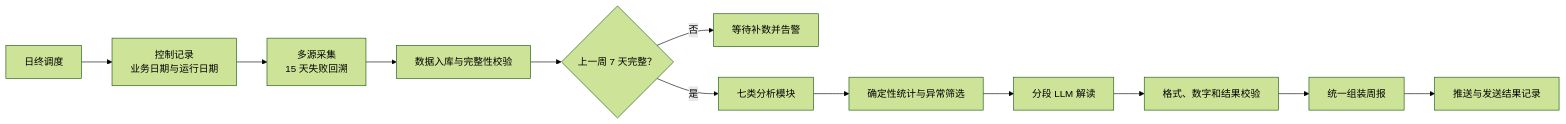
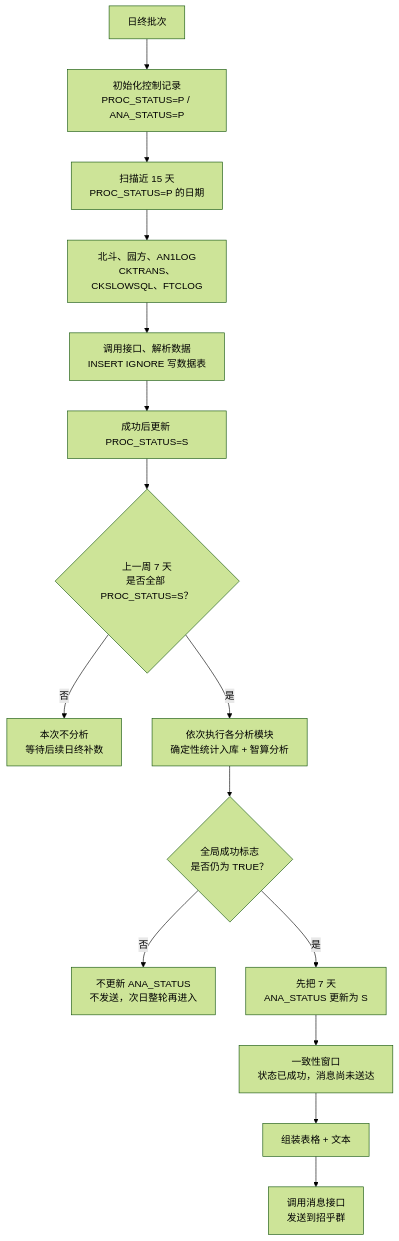
Before and after one commit to PorunC/interview: the diagram in 问题/01-AI周报系统/AI周报系统-专项面试问答.md, drawn with Mermaid (forest theme). The commit also changed other lines of this file and 27 other files, not shown here.

````diff
--- a/问题/01-AI周报系统/AI周报系统-专项面试问答.md
+++ b/问题/01-AI周报系统/AI周报系统-专项面试问答.md
@@ -13,14 +13,17 @@
 ```mermaid
-flowchart LR
-  Scheduler["日终调度"] --> Control["控制记录<br/>业务日期与运行日期"]
-  Control --> Collector["多源采集<br/>15 天失败回溯"]
-  Collector --> Staging["数据入库与完整性校验"]
-  Staging --> Gate{"上一周 7 天完整？"}
-  Gate -->|否| Wait["等待补数并告警"]
-  Gate -->|是| Modules["七类分析模块"]
-  Modules --> Rules["确定性统计与异常筛选"]
-  Rules --> LLM["分段 LLM 解读"]
-  LLM --> Validate["格式、数字和结果校验"]
-  Validate --> Assemble["统一组装周报"]
-  Assemble --> Push["推送与发送结果记录"]
+flowchart TD
+  Scheduler["日终批次"] --> Control["初始化控制记录<br/>PROC_STATUS=P / ANA_STATUS=P"]
+  Control --> Pending["扫描近 15 天<br/>PROC_STATUS=P 的日期"]
+  Pending --> Sources["北斗、园方、AN1LOG<br/>CKTRANS、CKSLOWSQL、FTCLOG"]
+  Sources --> Write["调用接口、解析数据<br/>INSERT IGNORE 写数据表"]
+  Write --> Proc["成功后更新 PROC_STATUS=S"]
+  Proc --> Gate{"上一周 7 天<br/>是否全部 PROC_STATUS=S？"}
+  Gate -->|否| Wait["本次不分析<br/>等待后续日终补数"]
+  Gate -->|是| Modules["依次执行各分析模块<br/>确定性统计入库 + 智算分析"]
+  Modules --> Flag{"全局成功标志<br/>是否仍为 TRUE？"}
+  Flag -->|否| Retry["不更新 ANA_STATUS<br/>不发送，次日整轮再进入"]
+  Flag -->|是| Ana["先把 7 天<br/>ANA_STATUS 更新为 S"]
+  Ana --> Window["一致性窗口<br/>状态已成功，消息尚未送达"]
+  Window --> Assemble["组装表格 + 文本"]
+  Assemble --> Push["调用消息接口<br/>发送到招乎群"]
 ```
````
